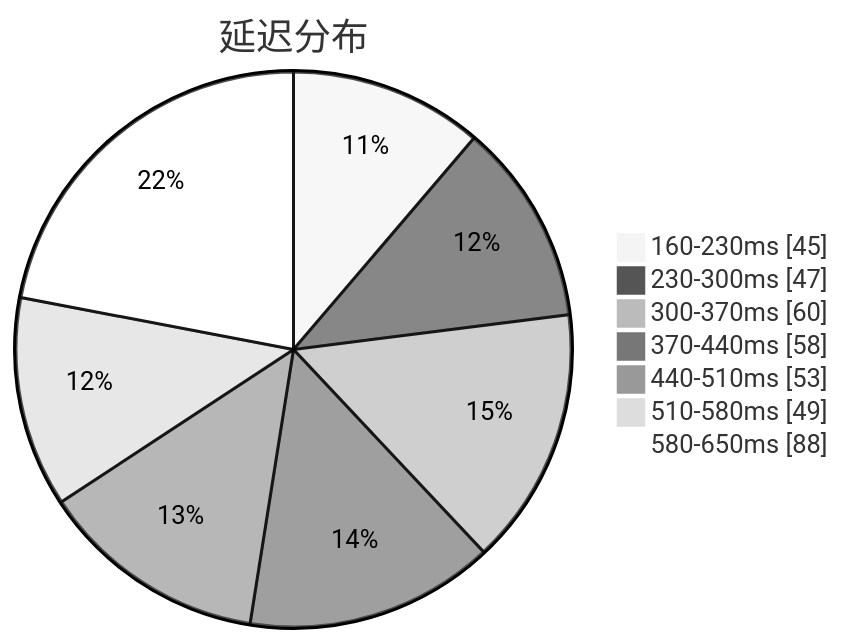
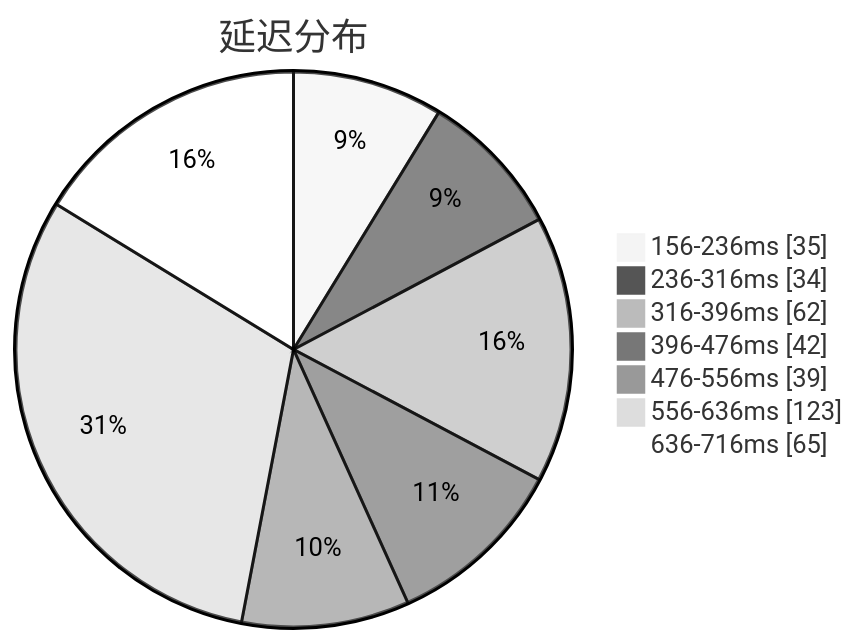
The first of 3 diagrams in subs/statistics/tested_within.md (qjlxg/airport), drawn with Mermaid (neutral theme) before and after one commit. The commit also changed other lines of this file and 2 other files, not shown here.

````diff
--- a/subs/statistics/tested_within.md
+++ b/subs/statistics/tested_within.md
@@ -2,11 +2,11 @@
 ```mermaid
 pie showData
 title 延迟分布
-"160-230ms" : 45
-"230-300ms" : 47
-"300-370ms" : 60
-"370-440ms" : 58
-"440-510ms" : 53
-"510-580ms" : 49
-"580-650ms" : 88
+"156-236ms" : 35
+"236-316ms" : 34
+"316-396ms" : 62
+"396-476ms" : 42
+"476-556ms" : 39
+"556-636ms" : 123
+"636-716ms" : 65
 ```
````
